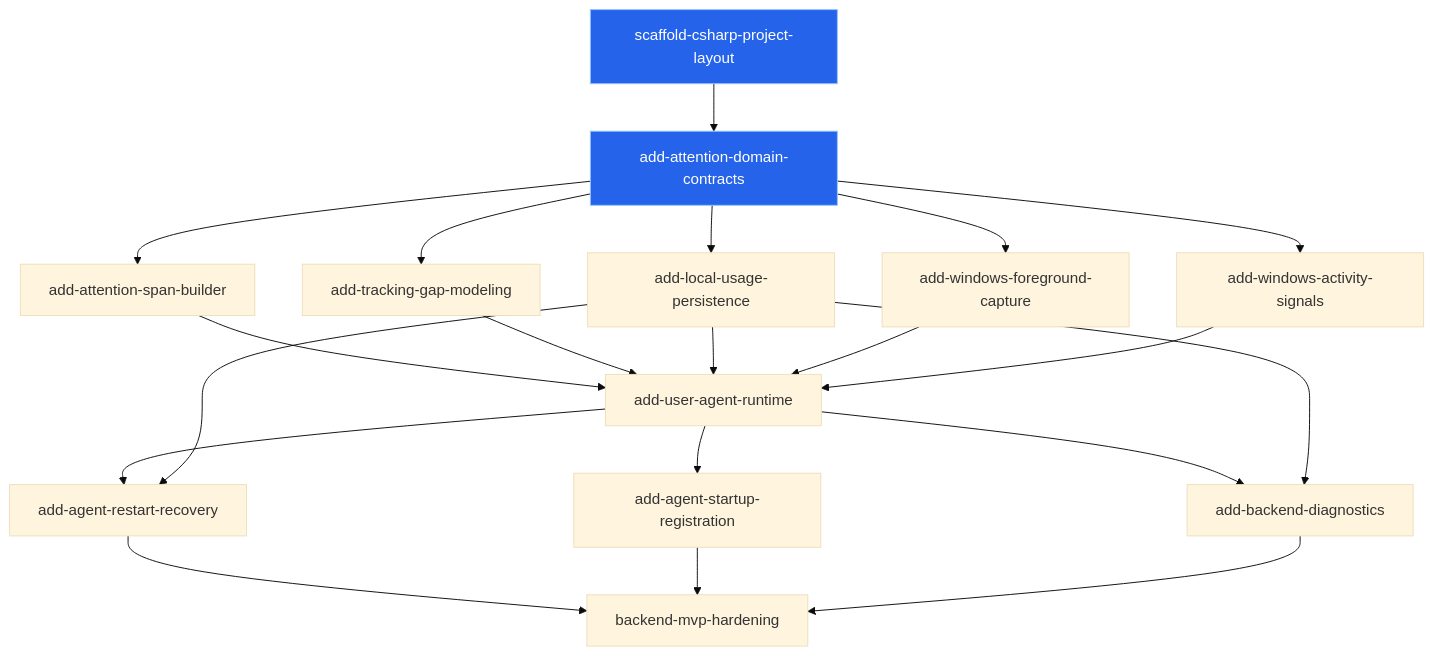
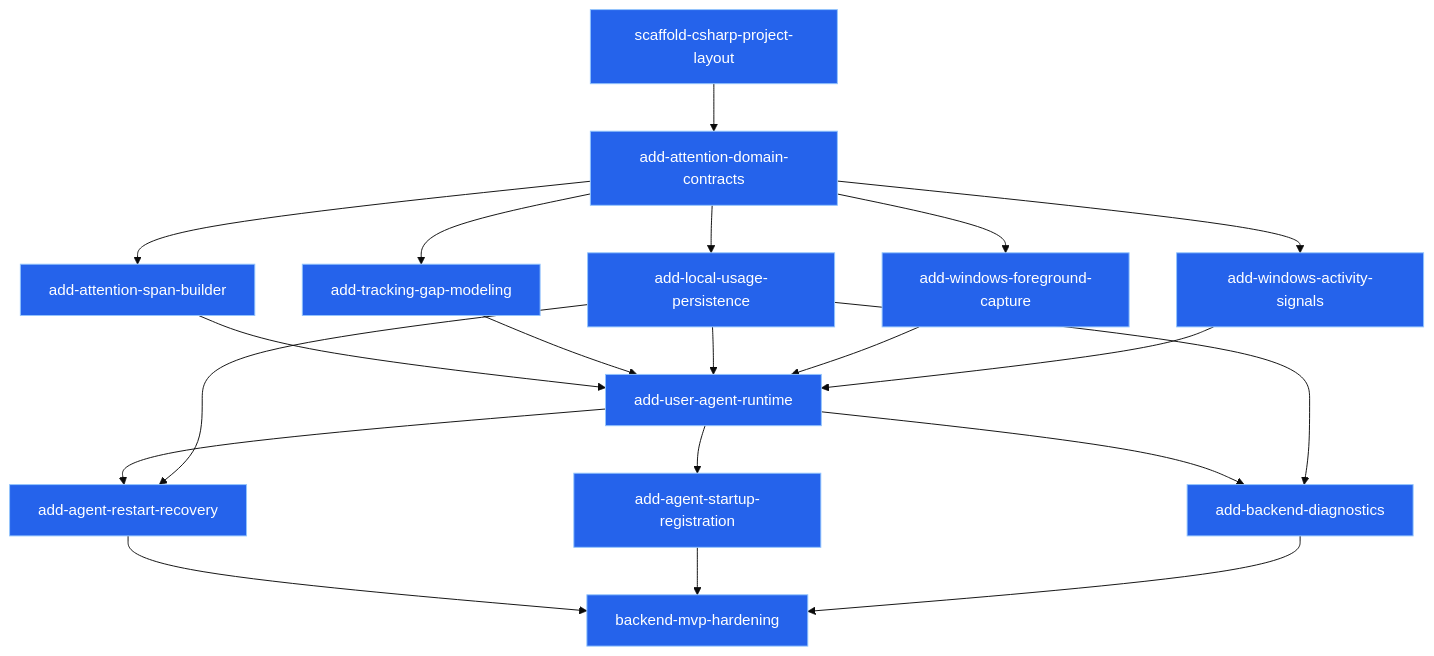
One commit to NaveHaus/NhcAppTracker changed the diagram in docs/plans/user-agent-mvp/incremental-changes.md. Above: the diagram before and after it, drawn with Mermaid (base theme). The commit also changed other lines of this file and 50 other files, not shown here.

````diff
--- a/docs/plans/user-agent-mvp/incremental-changes.md
+++ b/docs/plans/user-agent-mvp/incremental-changes.md
@@ -148,38 +168,38 @@
 ```mermaid
 graph TD
   Scaffold["scaffold-csharp-project-layout"]
   Contracts["add-attention-domain-contracts"]
   SpanBuilder["add-attention-span-builder"]
   GapModeling["add-tracking-gap-modeling"]
   Persistence["add-local-usage-persistence"]
   WindowsCapture["add-windows-foreground-capture"]
   WindowsSignals["add-windows-activity-signals"]
   Runtime["add-user-agent-runtime"]
   Recovery["add-agent-restart-recovery"]
   Startup["add-agent-startup-registration"]
   Diagnostics["add-backend-diagnostics"]
   Hardening["backend-mvp-hardening"]
 
   Scaffold --> Contracts
   Contracts --> SpanBuilder
   Contracts --> GapModeling
   Contracts --> Persistence
   Contracts --> WindowsCapture
   Contracts --> WindowsSignals
   SpanBuilder --> Runtime
   GapModeling --> Runtime
   Persistence --> Runtime
   WindowsCapture --> Runtime
   WindowsSignals --> Runtime
   Runtime --> Recovery
   Persistence --> Recovery
   Runtime --> Startup
   Runtime --> Diagnostics
   Persistence --> Diagnostics
   Recovery --> Hardening
   Startup --> Hardening
   Diagnostics --> Hardening
 
   classDef artifactsCreated fill:#2563eb,stroke:#93c5fd,stroke-width:1px,color:#ffffff
-  class Scaffold,Contracts artifactsCreated
+  class Scaffold,Contracts,SpanBuilder,GapModeling,Persistence,WindowsCapture,WindowsSignals,Runtime,Recovery,Startup,Diagnostics,Hardening artifactsCreated
 ```
````
